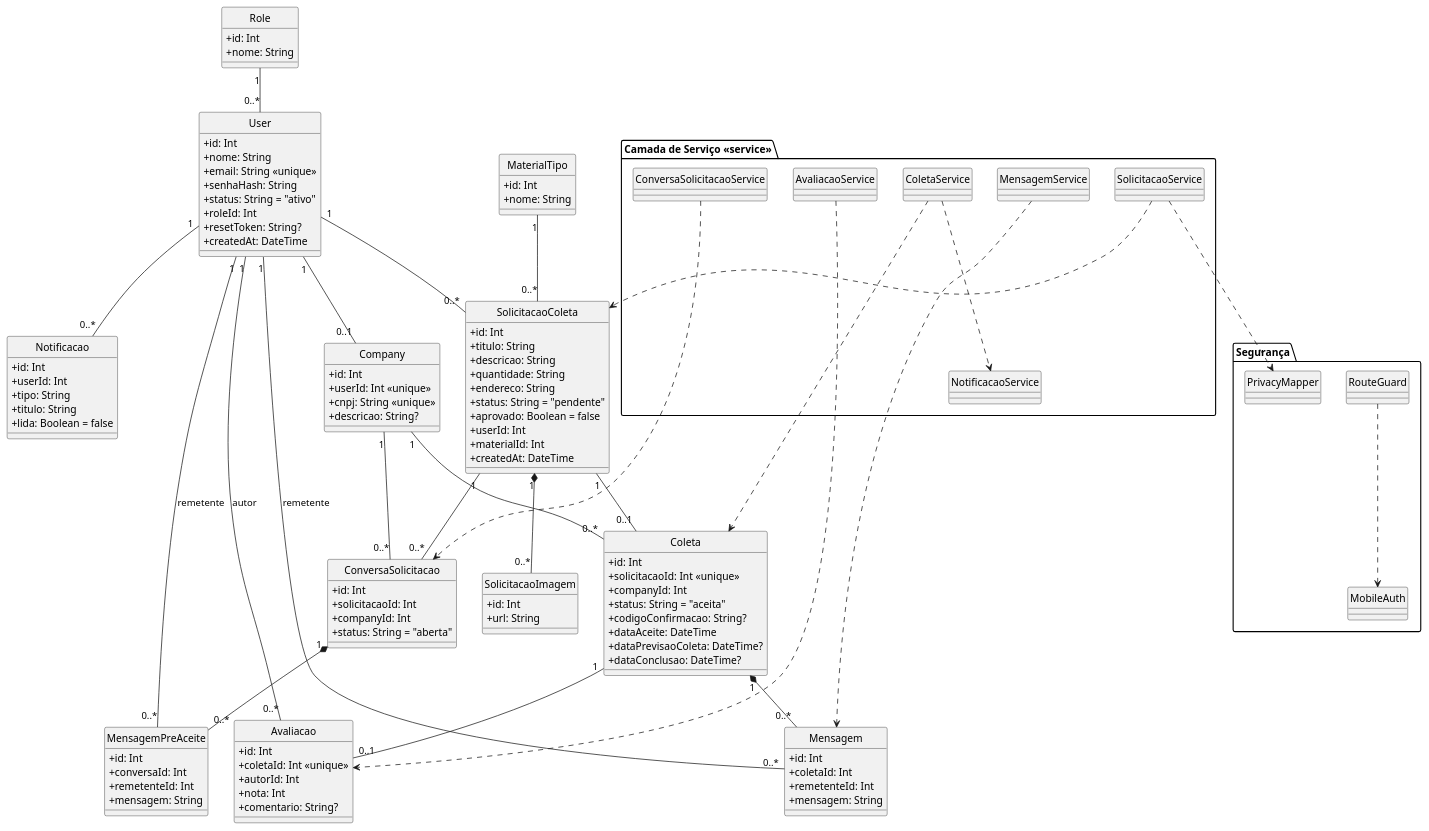
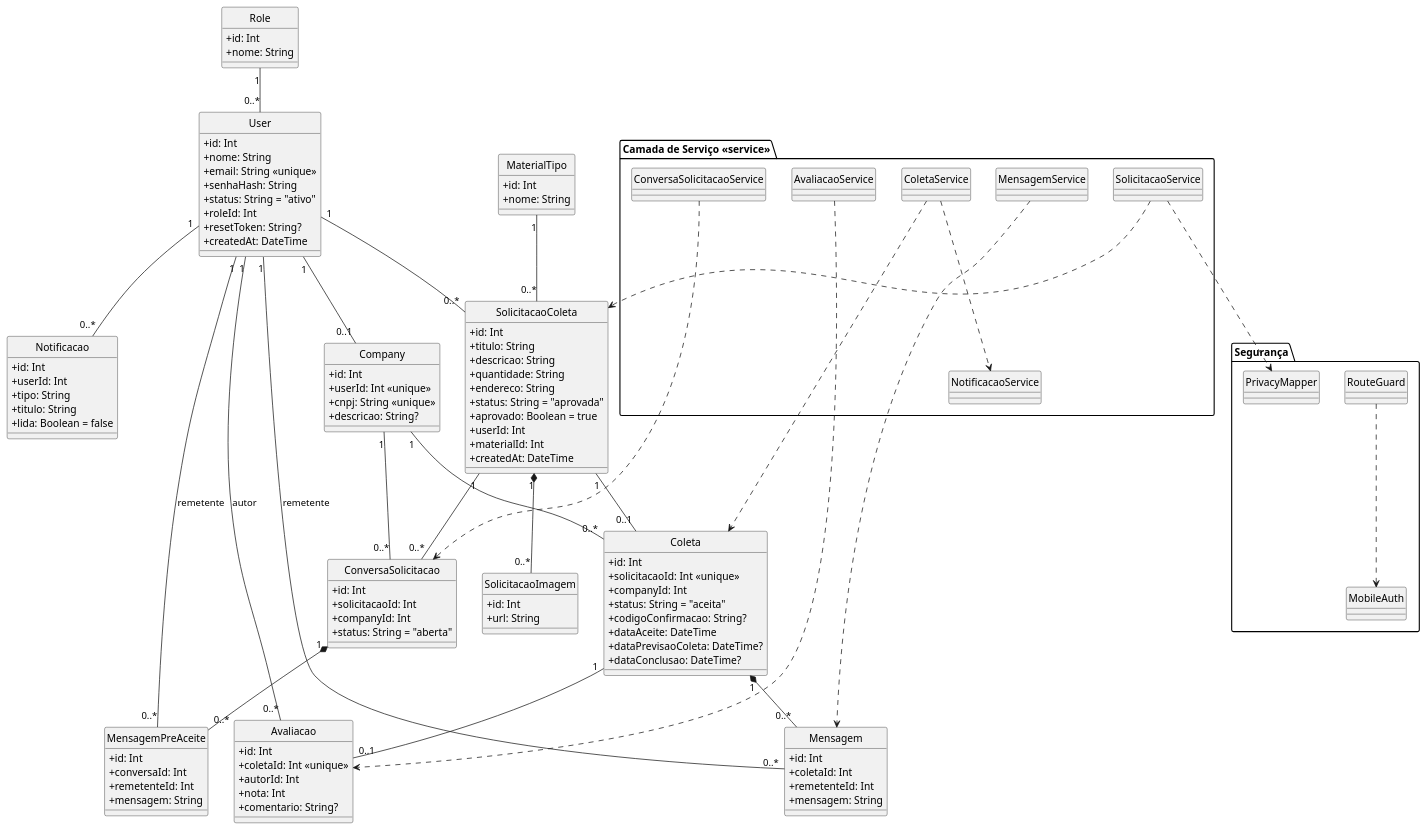
The second of 21 diagrams in docs/uml/documentacao-uml-completa.md (lononeiro/olx-ecologico), drawn with PlantUML before and after one commit. The commit also changed other lines of this file and 53 other files, not shown here.

First line of the commit message:
docs(uml): revisao dos diagramas e sincronizacao docs/ com uml/

```diff
--- a/docs/uml/documentacao-uml-completa.md
+++ b/docs/uml/documentacao-uml-completa.md
@@ -451,8 +451,8 @@
   +descricao: String
   +quantidade: String
   +endereco: String
-  +status: String = "pendente"
-  +aprovado: Boolean = false
+  +status: String = "aprovada"
+  +aprovado: Boolean = true
   +userId: Int
   +materialId: Int
   +createdAt: DateTime
```
